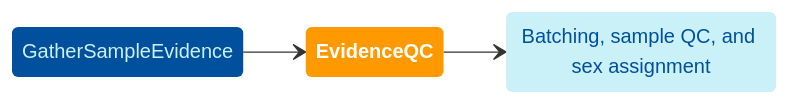
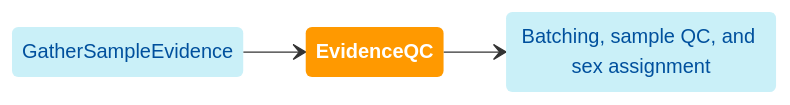
The diagram in website/docs/modules/evidence_qc.md (broadinstitute/gatk-sv), drawn with Mermaid before and after one commit. The commit also changed other lines of this file and 62 other files, not shown here.

````diff
--- a/website/docs/modules/evidence_qc.md
+++ b/website/docs/modules/evidence_qc.md
@@ -29,20 +26,20 @@
 ```mermaid
 
 stateDiagram
   direction LR
   
-  classDef inModules stroke-width:0px,fill:#00509d,color:#caf0f8
+  classDef inModules stroke-width:0px,fill:#caf0f8,color:#00509d
   classDef thisModule font-weight:bold,stroke-width:0px,fill:#ff9900,color:white
   classDef outModules stroke-width:0px,fill:#caf0f8,color:#00509d
 
   gse: GatherSampleEvidence
   eqc: EvidenceQC
   batching: Batching, sample QC, and sex assignment
   
   gse --> eqc
   eqc --> batching
   
   class eqc thisModule
   class gse inModules
   class batching outModules
 ```
````
